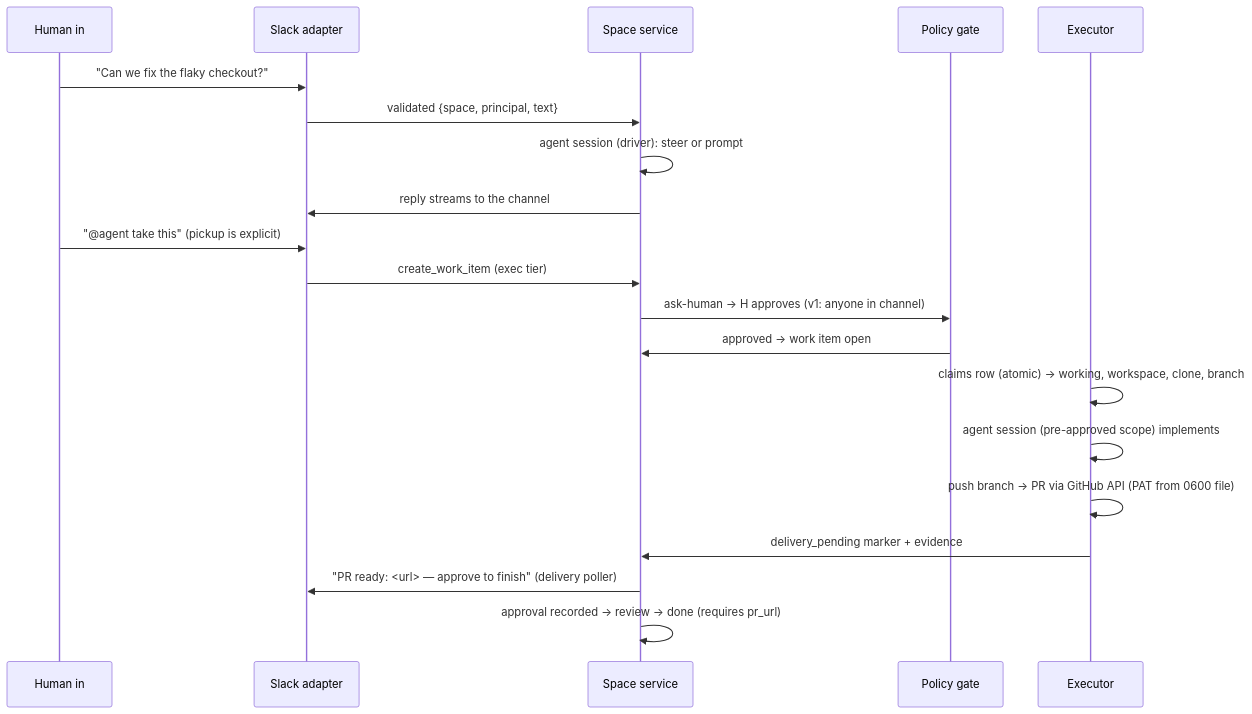
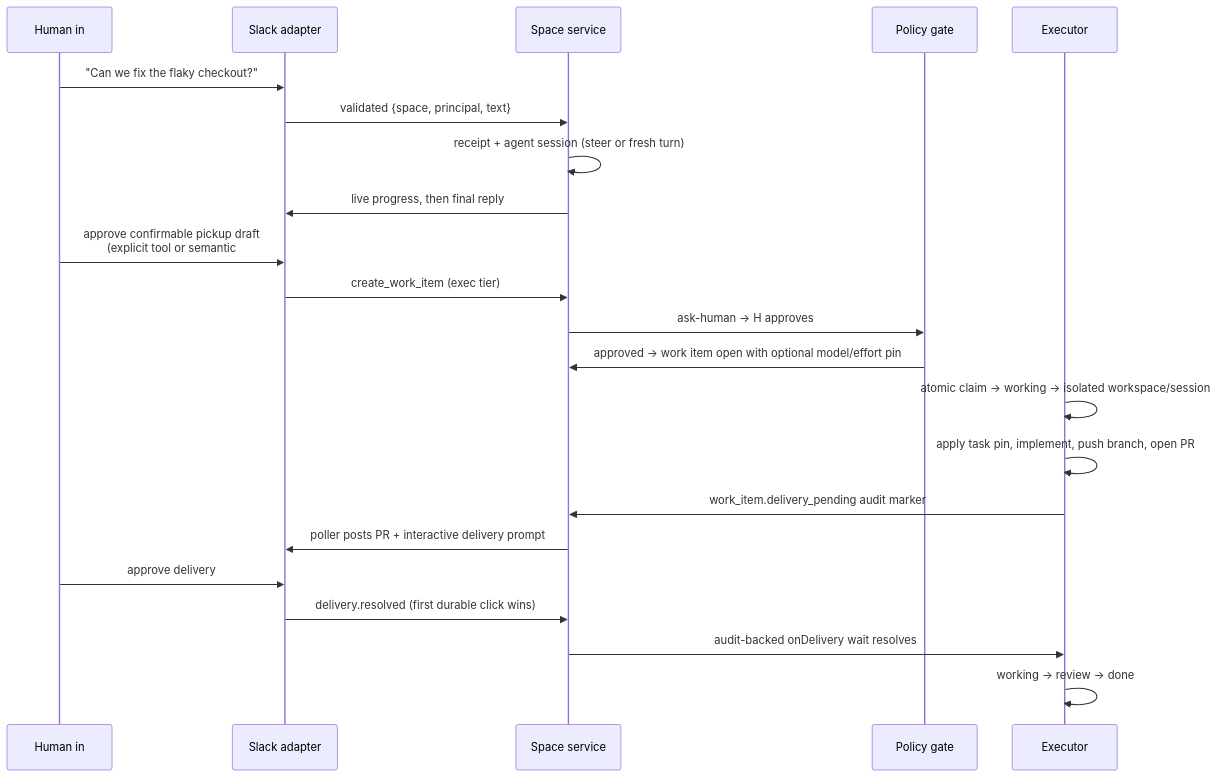
One commit to serrrfirat/bottega changed diagram 13 of 15 in architecture.md. Above: the diagram before and after it, drawn with Mermaid. The commit also changed other lines of this file and 1 other file, not shown here.

Commit message:
docs: refreshed features + architecture for the #145–#196 wave, diagram-heavy

````diff
--- a/architecture.md
+++ b/architecture.md
@@ -604,22 +678,24 @@
 ```mermaid
 sequenceDiagram
     participant H as Human in #team
     participant A as Slack adapter
     participant S as Space service
     participant P as Policy gate
     participant E as Executor
     H->>A: "Can we fix the flaky checkout?"
     A->>S: validated {space, principal, text}
-    S->>S: agent session (driver): steer or prompt
-    S->>A: reply streams to the channel
-    H->>A: "@agent take this" (pickup is explicit)
+    S->>S: receipt + agent session (steer or fresh turn)
+    S->>A: live progress, then final reply
+    H->>A: approve confirmable pickup draft<br/>(explicit tool or semantic #89)
     A->>S: create_work_item (exec tier)
-    S->>P: ask-human → H approves (v1: anyone in channel)
-    P->>S: approved → work item open
-    E->>E: claims row (atomic) → working, workspace, clone, branch
-    E->>E: agent session (pre-approved scope) implements
-    E->>E: push branch → PR via GitHub API (PAT from 0600 file)
-    E->>S: delivery_pending marker + evidence
-    S->>A: "PR ready: <url> — approve to finish" (delivery poller)
-    S->>S: approval recorded → review → done (requires pr_url)
+    S->>P: ask-human → H approves
+    P->>S: approved → work item open with optional model/effort pin
+    E->>E: atomic claim → working → isolated workspace/session
+    E->>E: apply task pin, implement, push branch, open PR
+    E->>S: work_item.delivery_pending audit marker
+    S->>A: poller posts PR + interactive delivery prompt
+    H->>A: approve delivery
+    A->>S: delivery.resolved (first durable click wins)
+    S->>E: audit-backed onDelivery wait resolves
+    E->>E: working → review → done
 ```
````
